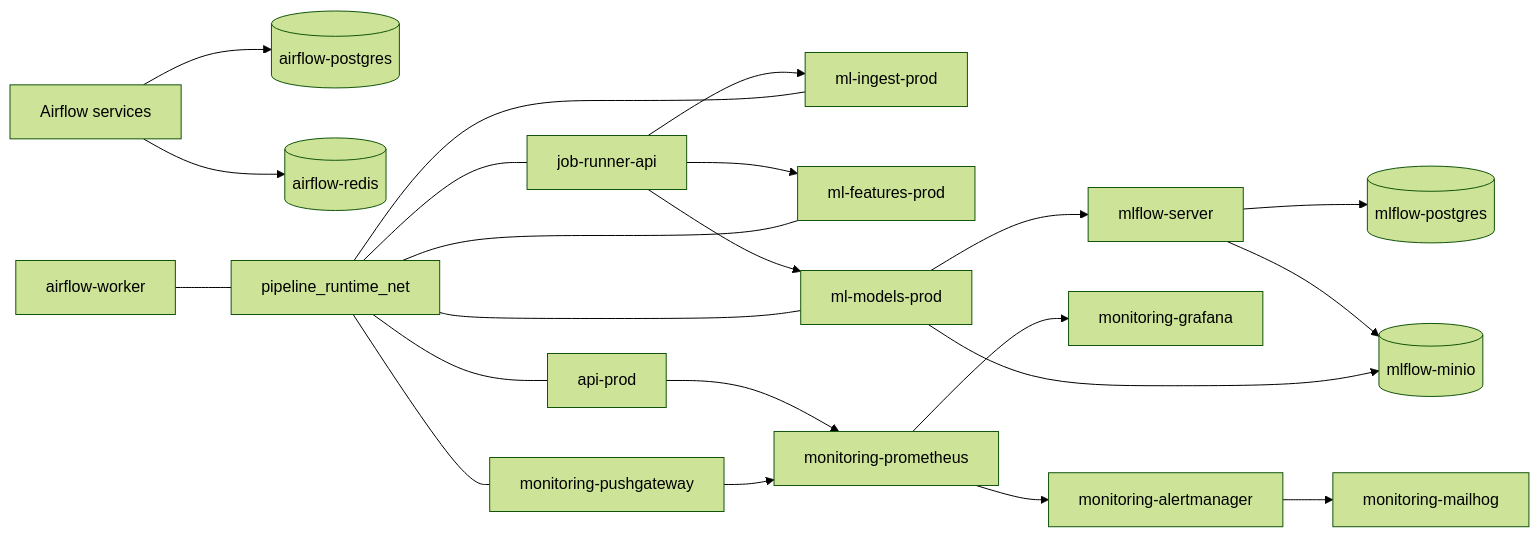
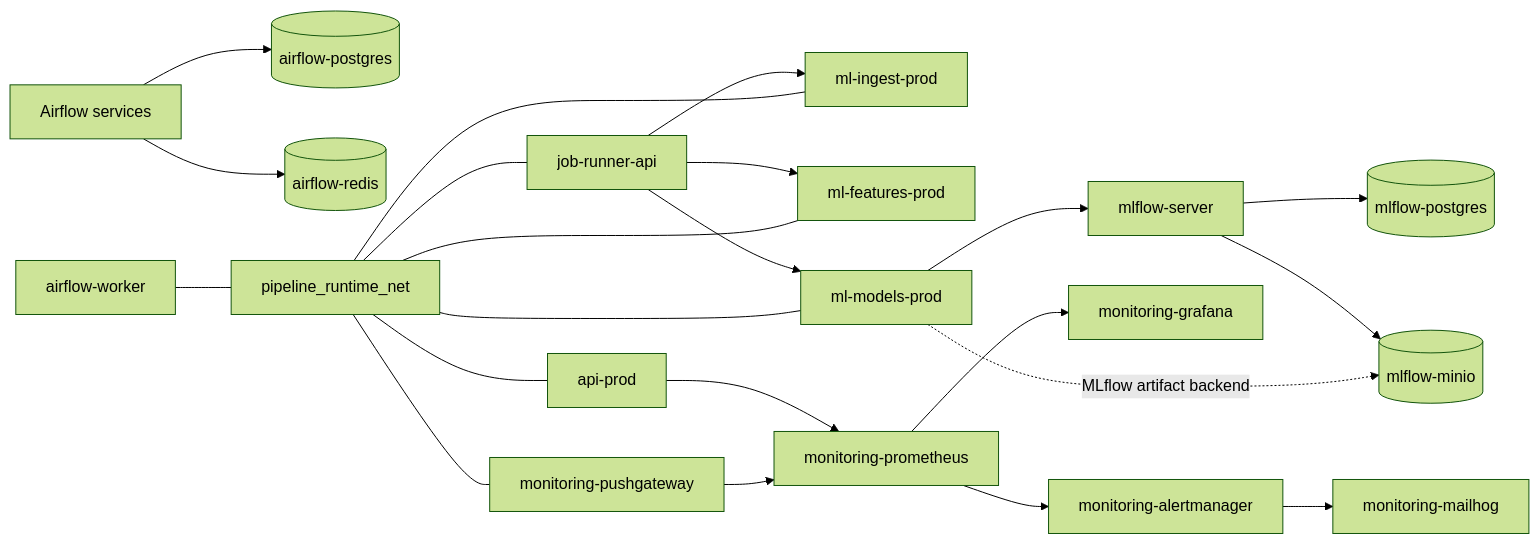
One commit to zheddhe/avr25-mle-trafic-cycliste changed the diagram in docs/architecture-references/local-prod-network-topology.md. Above: the diagram before and after it, drawn with Mermaid (forest theme). The commit also changed other lines of this file, not shown here.

Commit message:
docs: clarify MLflow artifact backend access wording

````diff
--- a/docs/architecture-references/local-prod-network-topology.md
+++ b/docs/architecture-references/local-prod-network-topology.md
@@ -126,27 +126,27 @@
 ```mermaid
 flowchart LR
     airflow[Airflow services] --> airflow_db[(airflow-postgres)]
     airflow --> airflow_redis[(airflow-redis)]
     airflow_worker[airflow-worker] --- pipeline[pipeline_runtime_net]
 
     pipeline --- runner[job-runner-api]
     pipeline --- api[api-prod]
     pipeline --- ingest[ml-ingest-prod]
     pipeline --- features[ml-features-prod]
     pipeline --- models[ml-models-prod]
     pipeline --- pushgateway[monitoring-pushgateway]
 
     runner --> ingest
     runner --> features
     runner --> models
     models --> mlflow[mlflow-server]
-    models --> minio[(mlflow-minio)]
+    models -. MLflow artifact backend .-> minio[(mlflow-minio)]
     mlflow --> mlflow_db[(mlflow-postgres)]
     mlflow --> minio
 
     pushgateway --> prometheus[monitoring-prometheus]
     api --> prometheus
     prometheus --> grafana[monitoring-grafana]
     prometheus --> alertmanager[monitoring-alertmanager]
     alertmanager --> mailhog[monitoring-mailhog]
 ```
````
